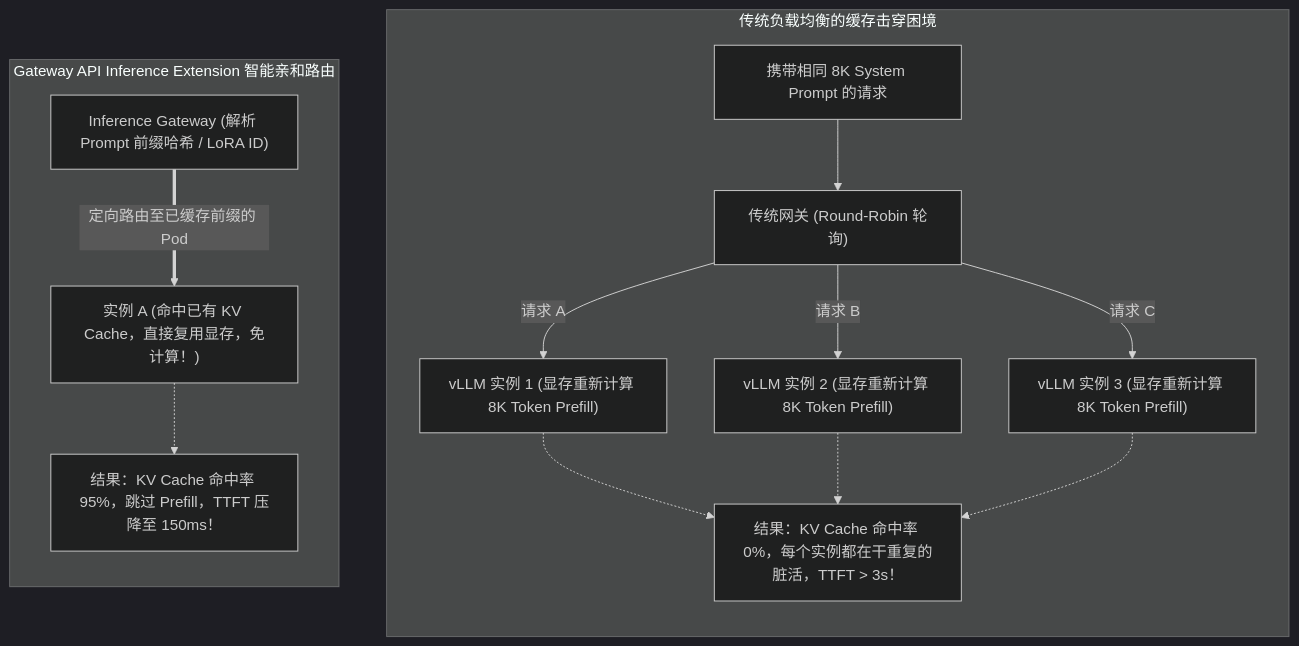
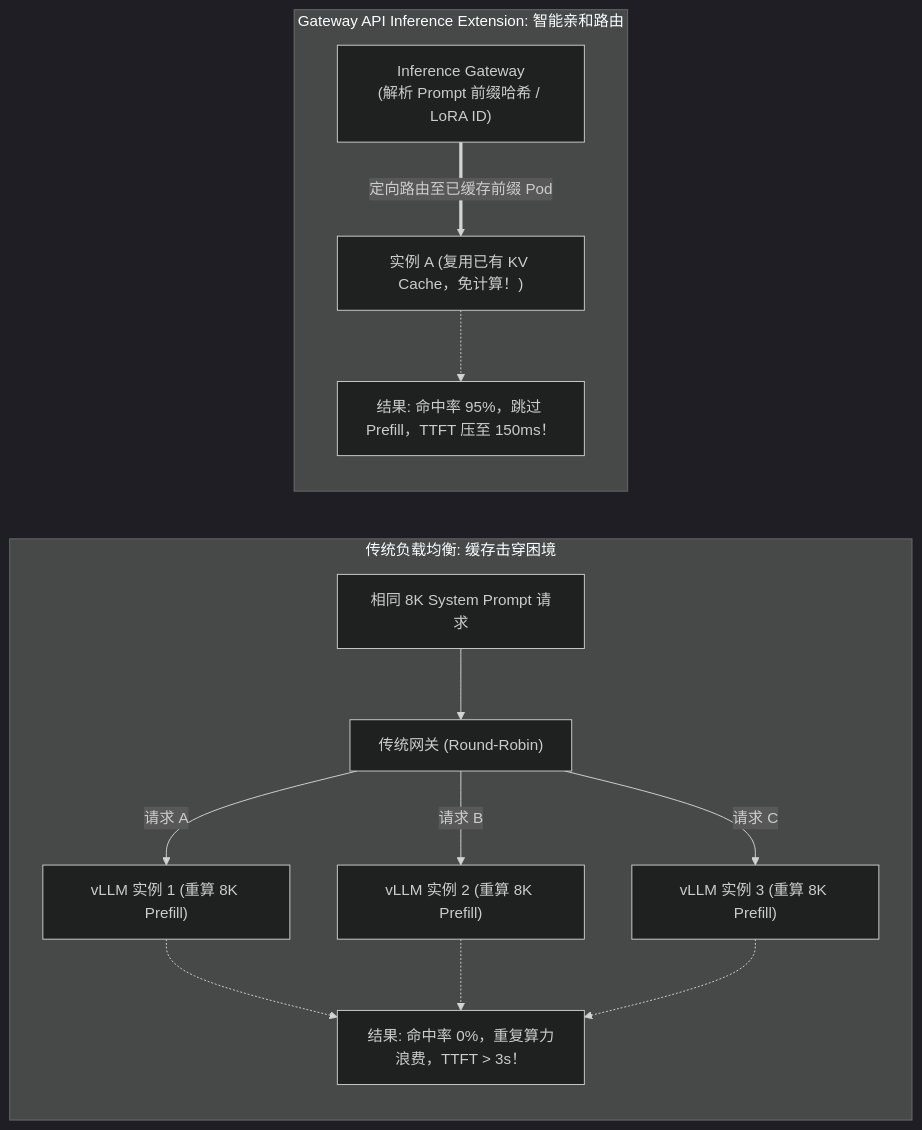
Before and after one commit to MoreConsequence/MoreConsequence.github.io: the first of 4 diagrams in content/posts/kubernetes-internals/k8s-22-gateway-api-inference-extension-prefix-cache.md, drawn with Mermaid (dark theme). The commit also changed other lines of this file and 835 other files, not shown here.

First line of the commit message:
feat(blog): 全站33篇新增深度专栏与博文全量审核上线及矢量图表优化

````diff
--- a/content/posts/kubernetes-internals/k8s-22-gateway-api-inference-extension-prefix-cache.md
+++ b/content/posts/kubernetes-internals/k8s-22-gateway-api-inference-extension-prefix-cache.md
@@ -41,29 +41,23 @@
 ```mermaid
-flowchart TD
-    subgraph Traditional["传统负载均衡的缓存击穿困境"]
+flowchart LR
+    subgraph Traditional["传统负载均衡: 缓存击穿困境"]
         direction TB
-        ClientReq["携带相同 8K System Prompt 的请求"]
-        L7Proxy["传统网关 (Round-Robin 轮询)"]
-        Pod1["vLLM 实例 1 (显存重新计算 8K Token Prefill)"]
-        Pod2["vLLM 实例 2 (显存重新计算 8K Token Prefill)"]
-        Pod3["vLLM 实例 3 (显存重新计算 8K Token Prefill)"]
-        
-        ClientReq --> L7Proxy
-        L7Proxy -->|"请求 A"| Pod1
-        L7Proxy -->|"请求 B"| Pod2
-        L7Proxy -->|"请求 C"| Pod3
-        Miss["结果：KV Cache 命中率 0%，每个实例都在干重复的脏活，TTFT > 3s！"]
+        ClientReq["相同 8K System Prompt 请求"] --> L7Proxy["传统网关 (Round-Robin)"]
+        L7Proxy -->|"请求 A"| Pod1["vLLM 实例 1 (重算 8K Prefill)"]
+        L7Proxy -->|"请求 B"| Pod2["vLLM 实例 2 (重算 8K Prefill)"]
+        L7Proxy -->|"请求 C"| Pod3["vLLM 实例 3 (重算 8K Prefill)"]
+        Miss["结果: 命中率 0%，重复算力浪费，TTFT > 3s！"]
         Pod1 -.-> Miss
         Pod2 -.-> Miss
         Pod3 -.-> Miss
     end
 
-    subgraph InferenceExt["Gateway API Inference Extension 智能亲和路由"]
+    subgraph InferenceExt["Gateway API Inference Extension: 智能亲和路由"]
         direction TB
-        SmartGW["Inference Gateway (解析 Prompt 前缀哈希 / LoRA ID)"]
-        Pool1["实例 A (命中已有 KV Cache，直接复用显存，免计算！)"]
-        SmartGW ==>|"定向路由至已缓存前缀的 Pod"| Pool1
-        Hit["结果：KV Cache 命中率 95%，跳过 Prefill，TTFT 压降至 150ms！"]
+        SmartGW["Inference Gateway<br/>(解析 Prompt 前缀哈希 / LoRA ID)"]
+        Pool1["实例 A (复用已有 KV Cache，免计算！)"]
+        SmartGW ==>|"定向路由至已缓存前缀 Pod"| Pool1
+        Hit["结果: 命中率 95%，跳过 Prefill，TTFT 压至 150ms！"]
         Pool1 -.-> Hit
     end
 ```
````
